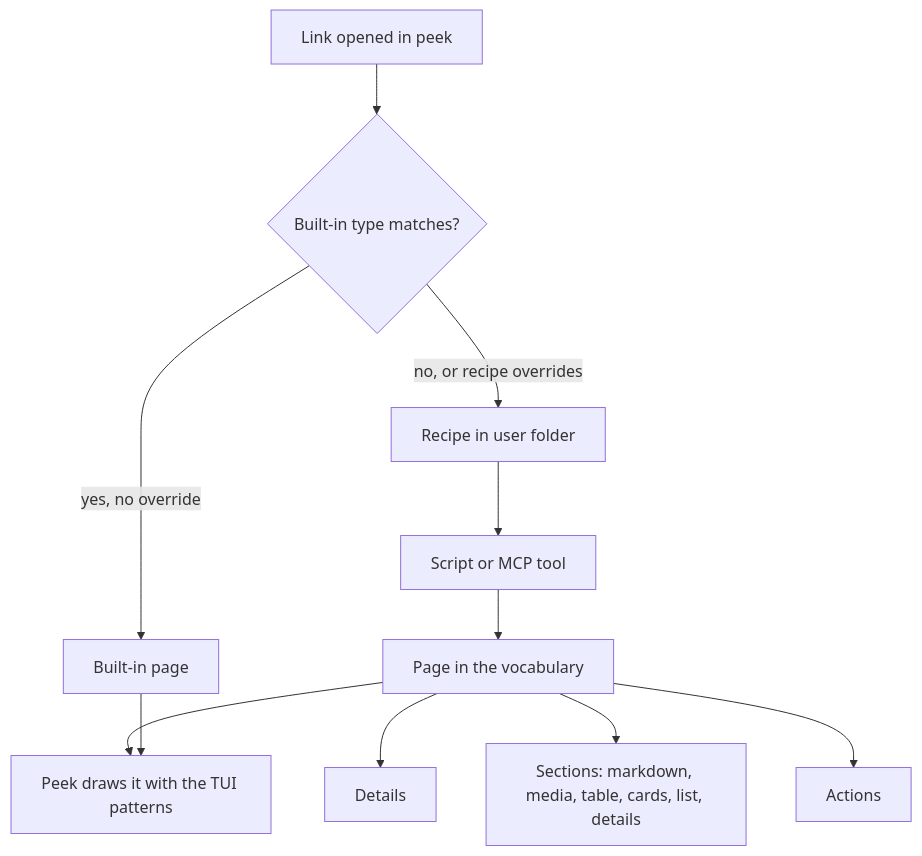
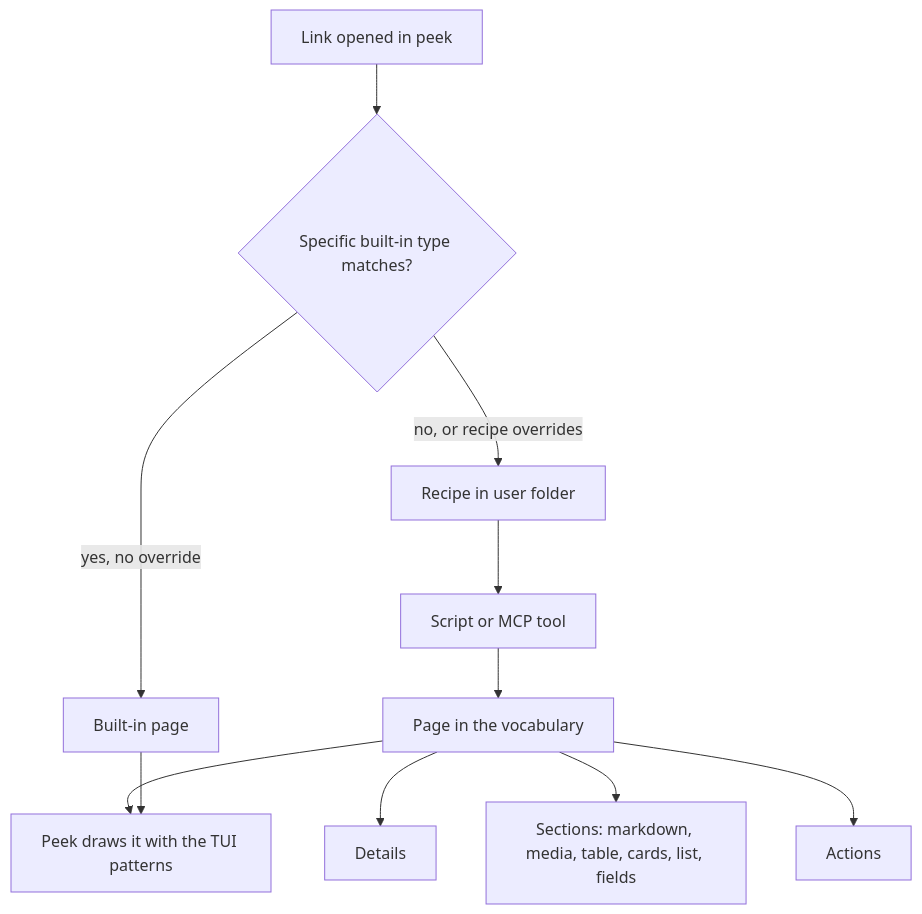
One commit to shawnroos/shrimpshack changed the diagram in docs/plans/2026-10-12-1640-feat-peek-page-vocabulary-plan.md. Above: the diagram before and after it, drawn with Mermaid. The commit also changed other lines of this file and 1 other file, not shown here.

Commit message:
docs(peek): apply review fixes to the page vocabulary plan

````diff
--- a/docs/plans/2026-10-12-1640-feat-peek-page-vocabulary-plan.md
+++ b/docs/plans/2026-10-12-1640-feat-peek-page-vocabulary-plan.md
@@ -70,13 +77,13 @@
 ```mermaid
 flowchart TB
-  L[Link opened in peek] --> M{Built-in type matches?}
+  L[Link opened in peek] --> M{Specific built-in type matches?}
   M -->|yes, no override| B[Built-in page]
   M -->|no, or recipe overrides| R[Recipe in user folder]
   R --> S[Script or MCP tool]
   S --> P[Page in the vocabulary]
   P --> D[Details]
-  P --> X[Sections: markdown, media, table, cards, list, details]
+  P --> X[Sections: markdown, media, table, cards, list, fields]
   P --> A[Actions]
   P --> T[Peek draws it with the TUI patterns]
   B --> T
 ```
````
